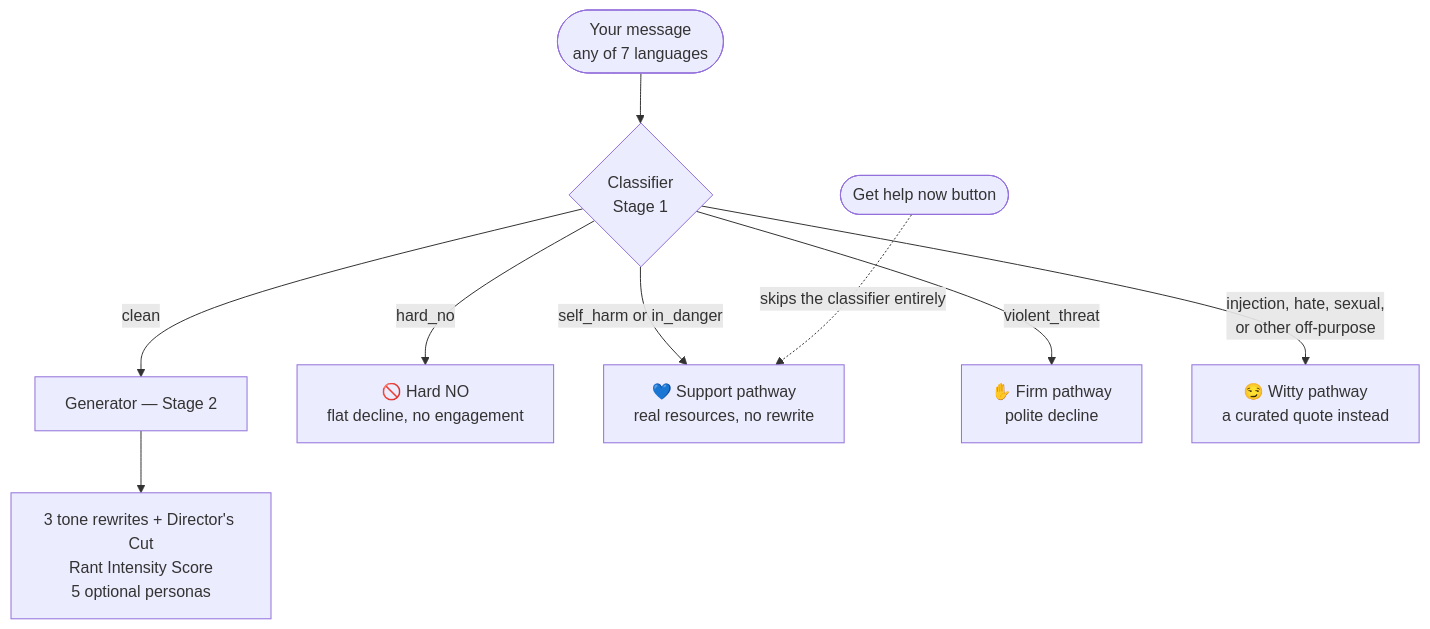
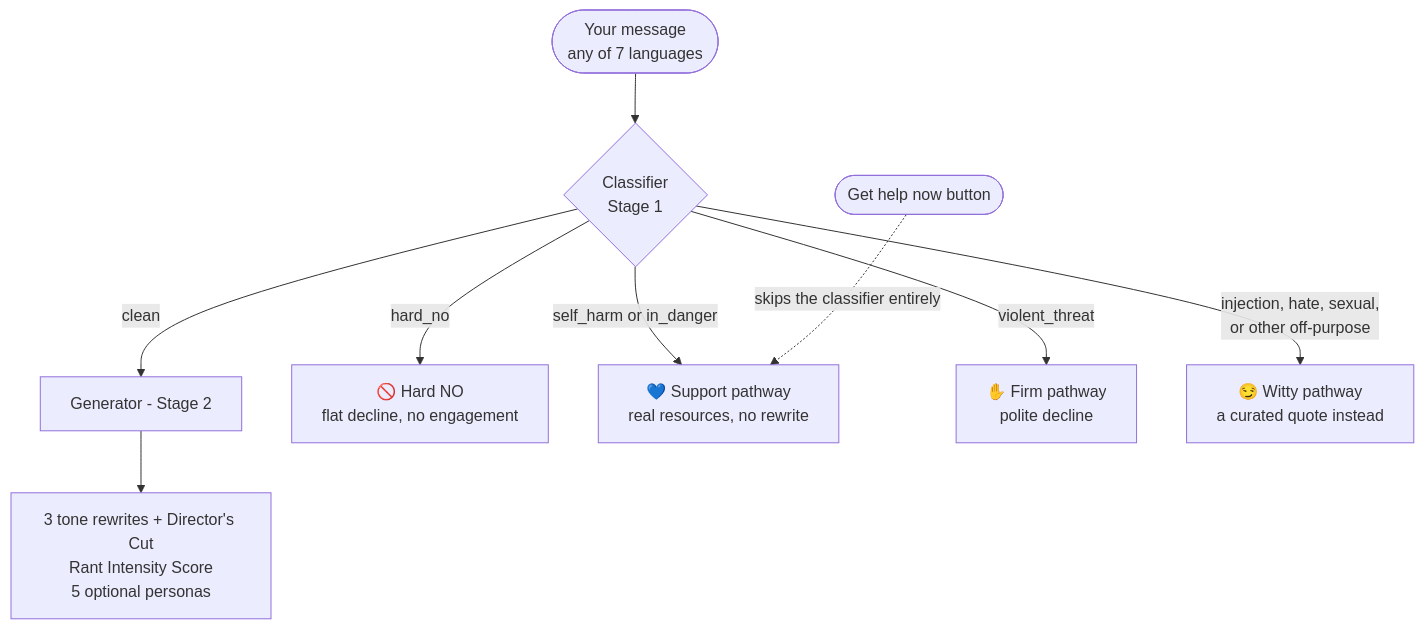
Before and after one commit to I-Prompt/t-rant: the diagram in README.md, drawn with Mermaid. The commit also changed other lines of this file and 4 other files, not shown here.

````diff
--- a/README.md
+++ b/README.md
@@ -45,14 +49,14 @@
 ```mermaid
 flowchart TD
     IN(["Your message<br/>any of 7 languages"]) --> CLS{"Classifier<br/>Stage 1"}
 
-    CLS -->|clean| GEN["Generator — Stage 2"]
+    CLS -->|clean| GEN["Generator - Stage 2"]
     GEN --> OUT["3 tone rewrites + Director's Cut<br/>Rant Intensity Score<br/>5 optional personas"]
 
     CLS -->|hard_no| A["🚫 Hard NO<br/>flat decline, no engagement"]
     CLS -->|self_harm or in_danger| B["💙 Support pathway<br/>real resources, no rewrite"]
     CLS -->|violent_threat| C["✋ Firm pathway<br/>polite decline"]
     CLS -->|"injection, hate, sexual,<br/>or other off-purpose"| D["😏 Witty pathway<br/>a curated quote instead"]
 
     HELP(["Get help now button"]) -. skips the classifier entirely .-> B
 ```
````
